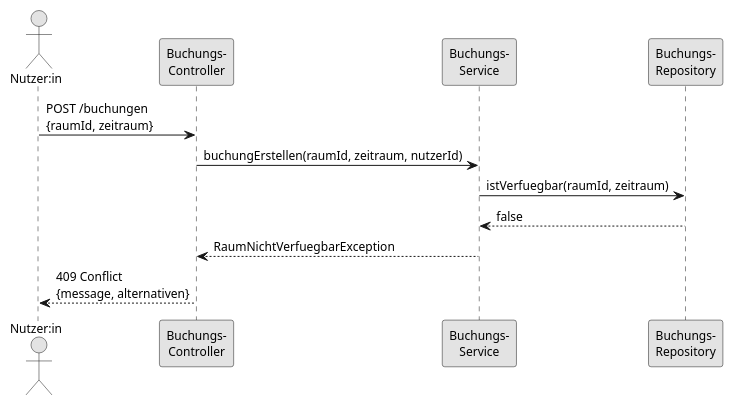
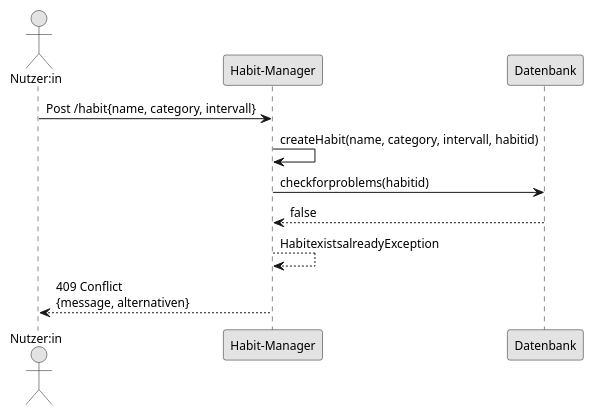
The fourth of 5 diagrams in docs/technical/design.adoc (nac1dy/Habit-Tracker), drawn with PlantUML before and after one commit. The commit also changed other lines of this file and 1 other file, not shown here.

Commit message:
PLEASE REVIEW Update architecture and design documentation for Habito system components and interactions

```diff
--- a/docs/technical/design.adoc
+++ b/docs/technical/design.adoc
@@ -219,20 +206,19 @@
 [plantuml, sequence-conflict, svg]
 ....
 @startuml
 skinparam monochrome true
 skinparam defaultFontSize 12
 
 actor "Nutzer:in" as user
-participant "Buchungs-\nController" as ctrl
-participant "Buchungs-\nService" as svc
-participant "Buchungs-\nRepository" as repo
+participant "Habit-Manager" as ctrl
+participant "Datenbank" as repo
 
-user -> ctrl : POST /buchungen\n{raumId, zeitraum}
-ctrl -> svc : buchungErstellen(raumId, zeitraum, nutzerId)
-svc -> repo : istVerfuegbar(raumId, zeitraum)
-repo --> svc : false
-svc --> ctrl : RaumNichtVerfuegbarException
+user -> ctrl : Post /habit{name, category, intervall}
+ctrl -> ctrl : createHabit(name, category, intervall, habitid)
+ctrl -> repo : checkforproblems(habitid)
+repo --> ctrl : false
+ctrl --> ctrl : HabitexistsalreadyException
 ctrl --> user : 409 Conflict\n{message, alternativen}
 
 @enduml
 ....
```
